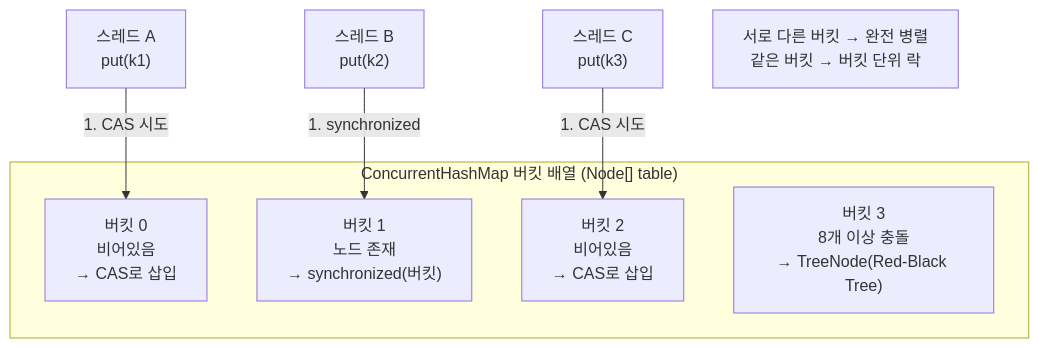
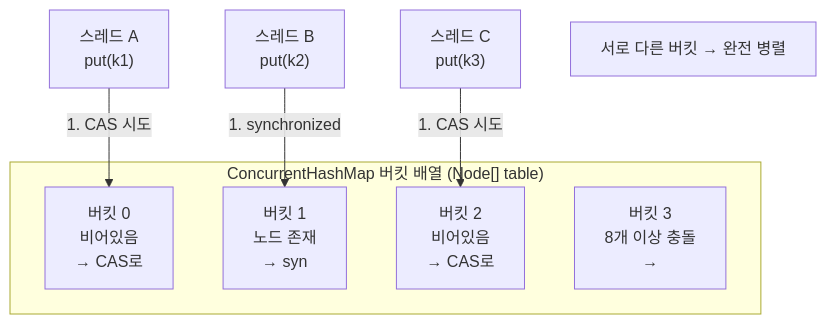
One commit to yjkim2015/yjkim2015.github.io changed diagram 12 of 17 in _posts/java/2026-05-01-java-thread.md. Above: the diagram before and after it, drawn with Mermaid. The commit also changed other lines of this file and 271 other files, not shown here.

First line of the commit message:
Mermaid 라벨 축소: 긴 노드 텍스트 18자 이하로 트림 + \n 제거

````diff
--- a/_posts/java/2026-05-01-java-thread.md
+++ b/_posts/java/2026-05-01-java-thread.md
@@ -1138,13 +1138,13 @@
 ```mermaid
 graph TD
   subgraph "ConcurrentHashMap 버킷 배열 (Node[] table)"
-    B0["버킷 0\n비어있음\n→ CAS로 삽입"]
-    B1["버킷 1\n노드 존재\n→ synchronized(버킷)"]
-    B2["버킷 2\n비어있음\n→ CAS로 삽입"]
-    B3["버킷 3\n8개 이상 충돌\n→ TreeNode(Red-Black Tree)"]
+    B0["버킷 0\n비어있음\n→ CAS로"]
+    B1["버킷 1\n노드 존재\n→ syn"]
+    B2["버킷 2\n비어있음\n→ CAS로"]
+    B3["버킷 3\n8개 이상 충돌\n→"]
   end
   T1["스레드 A\nput(k1)"] -->|"1. CAS 시도"| B0
   T2["스레드 B\nput(k2)"] -->|"1. synchronized"| B1
   T3["스레드 C\nput(k3)"] -->|"1. CAS 시도"| B2
-  NOTE["서로 다른 버킷 → 완전 병렬\n같은 버킷 → 버킷 단위 락"]
+  NOTE["서로 다른 버킷 → 완전 병렬\n"]
 ```
````
